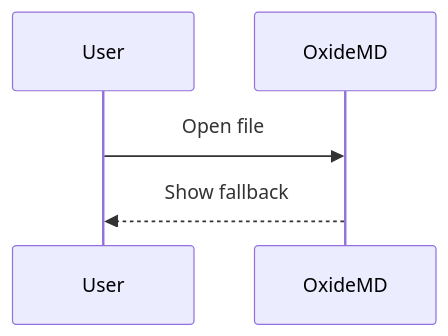
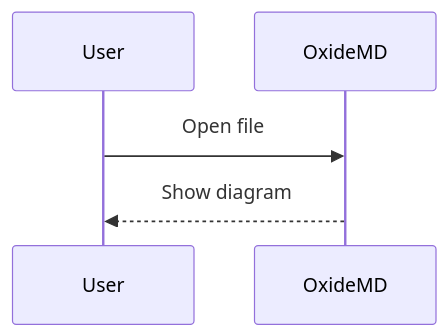
One commit to highpear/oxidemd changed the second of 3 diagrams in samples/mermaid.md. Above: the diagram before and after it, drawn with Mermaid. The commit also changed other lines of this file and 7 other files, not shown here.

Commit message:
Add Mermaid rendering measurements

````diff
--- a/samples/mermaid.md
+++ b/samples/mermaid.md
@@ -14,7 +14,7 @@
 ```mmd
 sequenceDiagram
     participant User
     participant OxideMD
     User->>OxideMD: Open file
-    OxideMD-->>User: Show fallback
+    OxideMD-->>User: Show diagram
 ```
````
